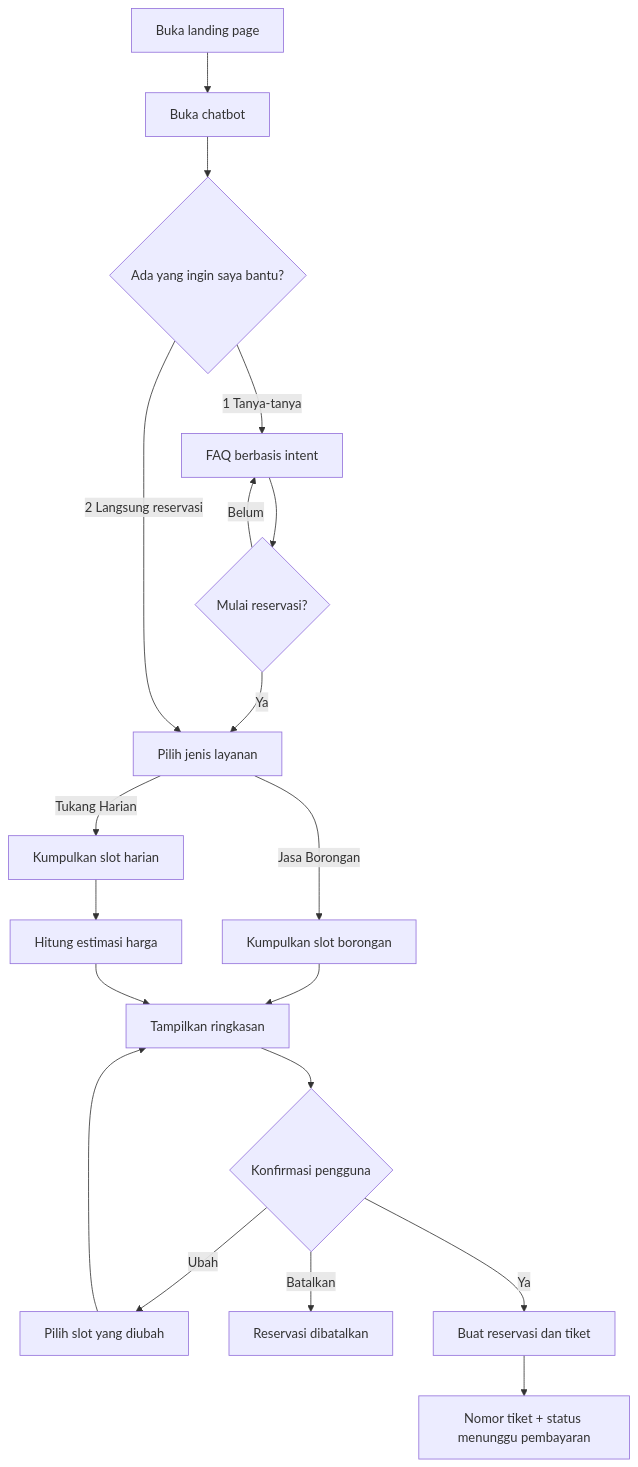
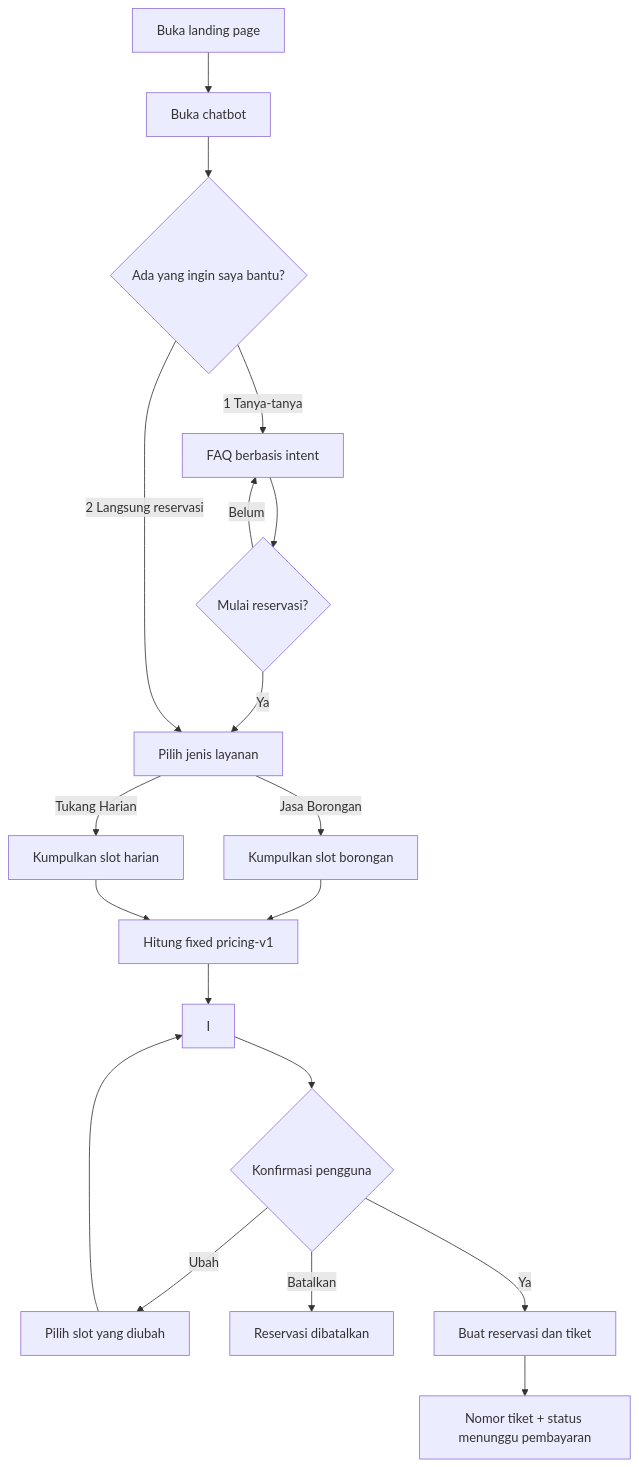
The diagram in docs/01-mvp-plan.md (bpkcongli/reservation-chatbot), drawn with Mermaid before and after one commit. The commit also changed other lines of this file and 67 other files, not shown here.

````diff
--- a/docs/01-mvp-plan.md
+++ b/docs/01-mvp-plan.md
@@ -122,21 +177,21 @@
 ```mermaid
 flowchart TD
     A[Buka landing page] --> B[Buka chatbot]
     B --> C{Ada yang ingin saya bantu?}
     C -->|1 Tanya-tanya| D[FAQ berbasis intent]
     D --> E{Mulai reservasi?}
     E -->|Belum| D
     E -->|Ya| F[Pilih jenis layanan]
     C -->|2 Langsung reservasi| F
     F -->|Jasa Borongan| G[Kumpulkan slot borongan]
     F -->|Tukang Harian| H[Kumpulkan slot harian]
-    G --> I[Tampilkan ringkasan]
-    H --> J[Hitung estimasi harga]
+    G --> J[Hitung fixed pricing-v1]
+    H --> J
     J --> I
     I --> K{Konfirmasi pengguna}
     K -->|Ubah| L[Pilih slot yang diubah]
     L --> I
     K -->|Batalkan| M[Reservasi dibatalkan]
     K -->|Ya| N[Buat reservasi dan tiket]
     N --> O[Nomor tiket + status menunggu pembayaran]
 ```
````
